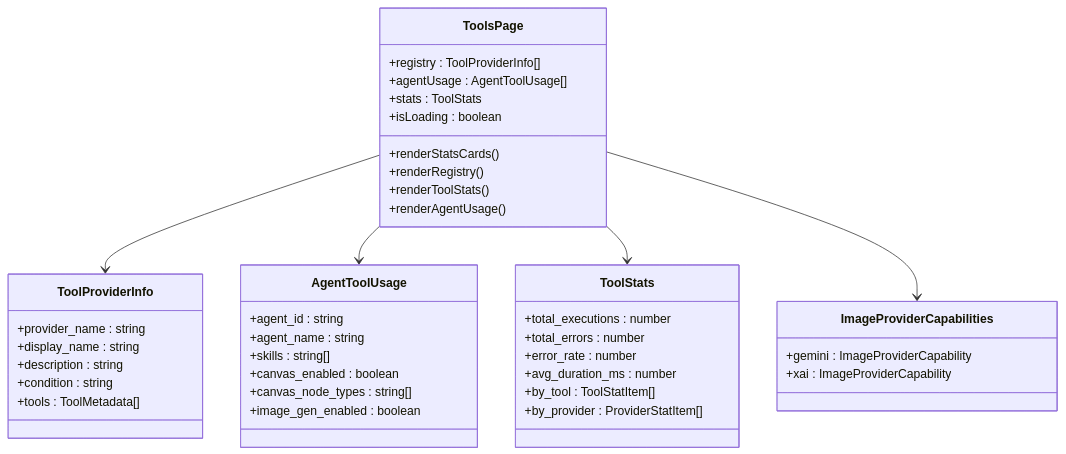
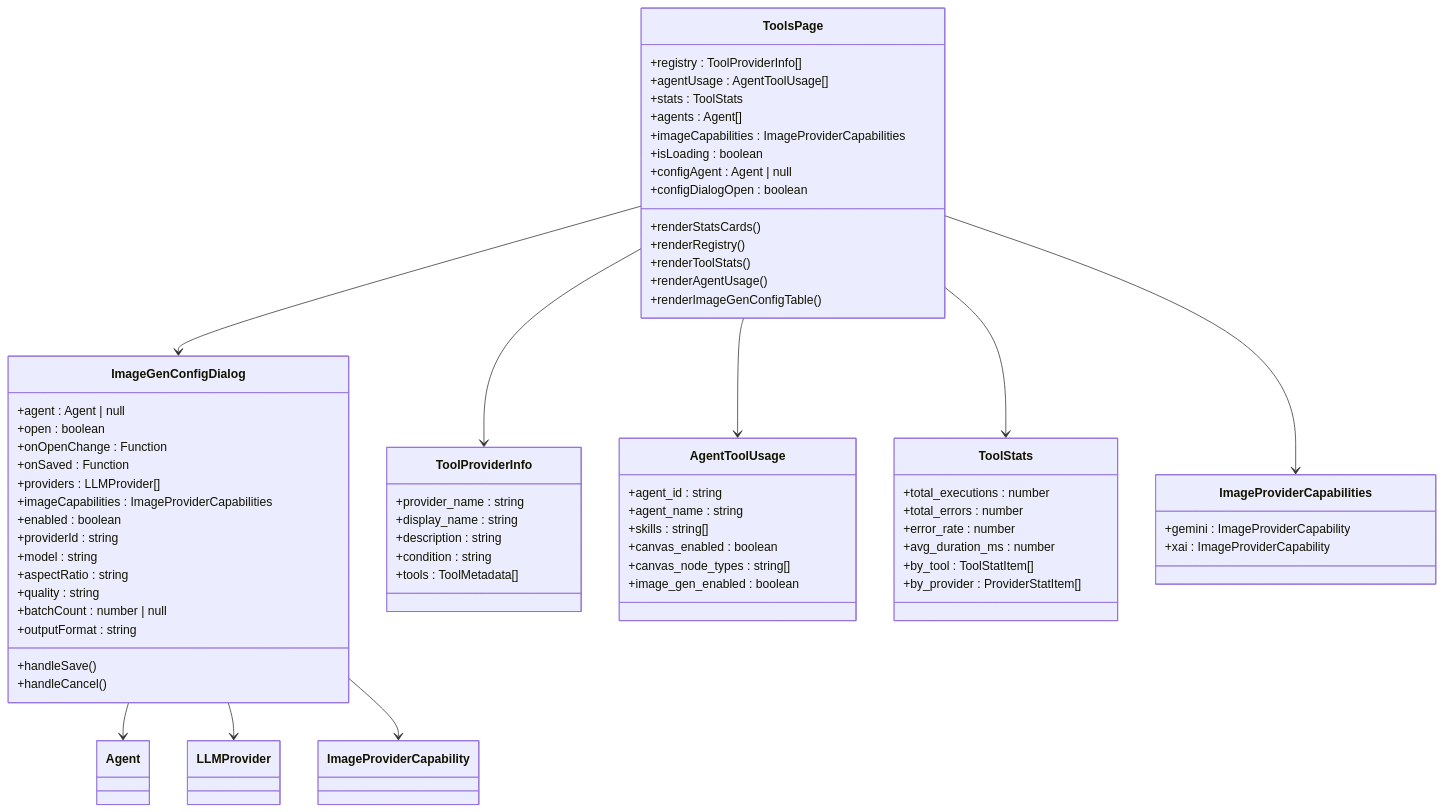
The third of 11 diagrams in .qoder/repowiki/zh/content/管理员后台系统/管理员工具管理.md (KunLabAI/KunFlix), drawn with Mermaid before and after one commit. The commit also changed other lines of this file and 24 other files, not shown here.

````diff
--- a/.qoder/repowiki/zh/content/管理员后台系统/管理员工具管理.md
+++ b/.qoder/repowiki/zh/content/管理员后台系统/管理员工具管理.md
@@ -167,44 +176,70 @@
 ```mermaid
 classDiagram
 class ToolsPage {
 +registry : ToolProviderInfo[]
 +agentUsage : AgentToolUsage[]
 +stats : ToolStats
++agents : Agent[]
++imageCapabilities : ImageProviderCapabilities
 +isLoading : boolean
++configAgent : Agent | null
++configDialogOpen : boolean
 +renderStatsCards()
 +renderRegistry()
 +renderToolStats()
 +renderAgentUsage()
++renderImageGenConfigTable()
+}
+class ImageGenConfigDialog {
++agent : Agent | null
++open : boolean
++onOpenChange : Function
++onSaved : Function
++providers : LLMProvider[]
++imageCapabilities : ImageProviderCapabilities
++enabled : boolean
++providerId : string
++model : string
++aspectRatio : string
++quality : string
++batchCount : number | null
++outputFormat : string
++handleSave()
++handleCancel()
 }
 class ToolProviderInfo {
 +provider_name : string
 +display_name : string
 +description : string
 +condition : string
 +tools : ToolMetadata[]
 }
 class AgentToolUsage {
 +agent_id : string
 +agent_name : string
 +skills : string[]
 +canvas_enabled : boolean
 +canvas_node_types : string[]
 +image_gen_enabled : boolean
 }
 class ToolStats {
 +total_executions : number
 +total_errors : number
 +error_rate : number
 +avg_duration_ms : number
 +by_tool : ToolStatItem[]
 +by_provider : ProviderStatItem[]
 }
 class ImageProviderCapabilities {
 +gemini : ImageProviderCapability
 +xai : ImageProviderCapability
 }
 ToolsPage --> ToolProviderInfo
 ToolsPage --> AgentToolUsage
 ToolsPage --> ToolStats
 ToolsPage --> ImageProviderCapabilities
+ToolsPage --> ImageGenConfigDialog
+ImageGenConfigDialog --> Agent
+ImageGenConfigDialog --> LLMProvider
+ImageGenConfigDialog --> ImageProviderCapability
 ```
````
